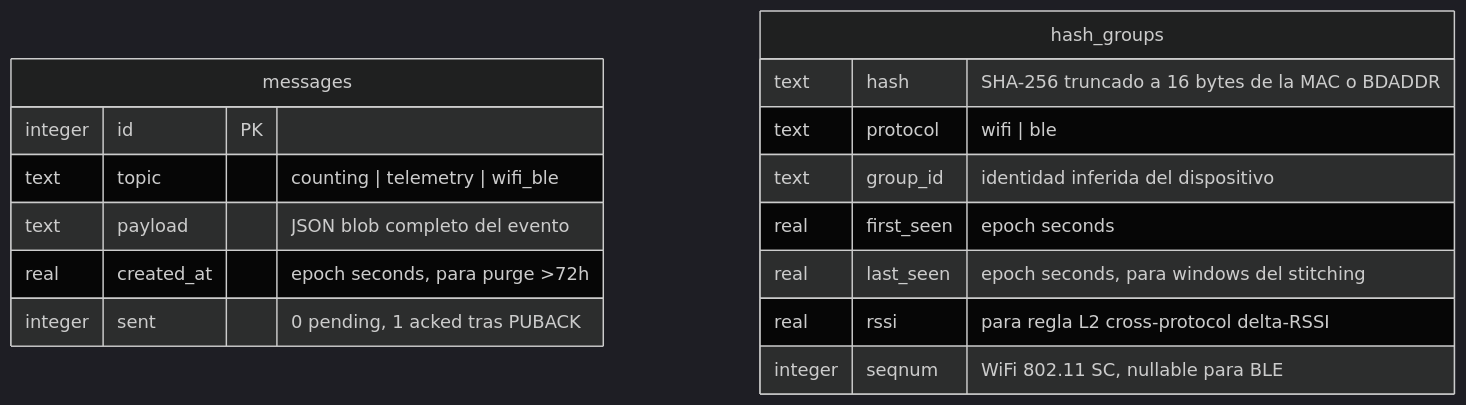
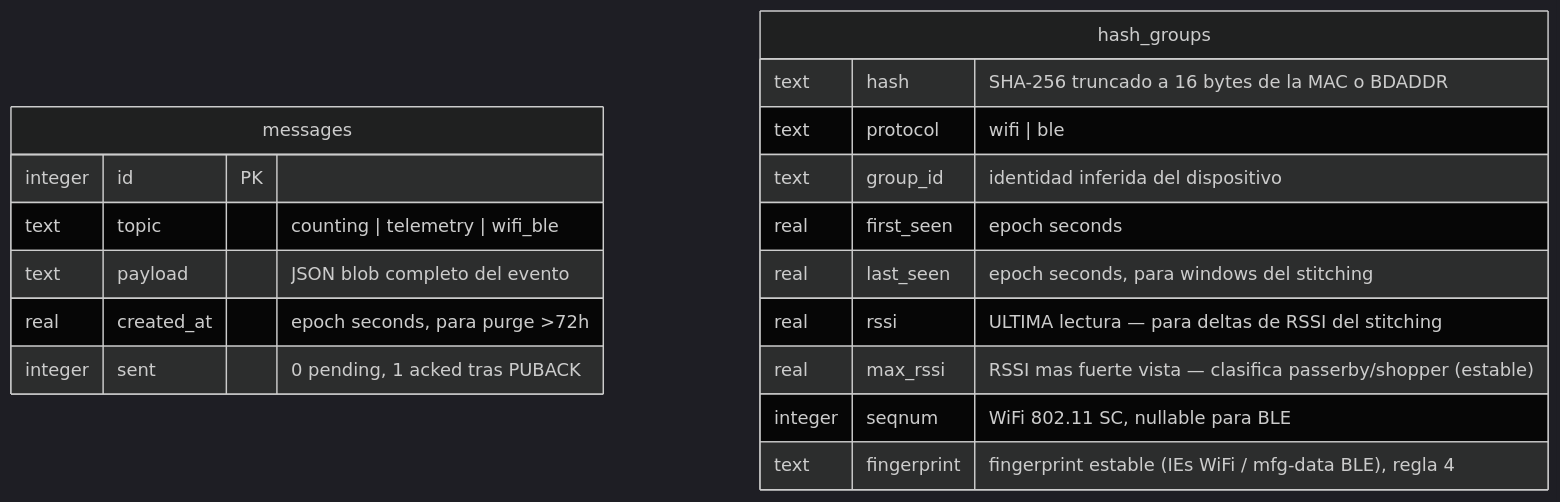
Before and after one commit to maurogasparri/people-counter: the second of 2 diagrams in docs/database-schema.md, drawn with Mermaid (dark theme). The commit also changed other lines of this file and 14 other files, not shown here.

````diff
--- a/docs/database-schema.md
+++ b/docs/database-schema.md
@@ -206,20 +222,22 @@
 ```mermaid
 erDiagram
     messages {
         integer  id           PK
         text     topic         "counting | telemetry | wifi_ble"
         text     payload       "JSON blob completo del evento"
         real     created_at    "epoch seconds, para purge >72h"
         integer  sent          "0 pending, 1 acked tras PUBACK"
     }
 
     hash_groups {
         text     hash          "SHA-256 truncado a 16 bytes de la MAC o BDADDR"
         text     protocol      "wifi | ble"
         text     group_id      "identidad inferida del dispositivo"
         real     first_seen    "epoch seconds"
         real     last_seen     "epoch seconds, para windows del stitching"
-        real     rssi          "para regla L2 cross-protocol delta-RSSI"
+        real     rssi          "ULTIMA lectura — para deltas de RSSI del stitching"
+        real     max_rssi      "RSSI mas fuerte vista — clasifica passerby/shopper (estable)"
         integer  seqnum        "WiFi 802.11 SC, nullable para BLE"
+        text     fingerprint   "fingerprint estable (IEs WiFi / mfg-data BLE), regla 4"
     }
 ```
````
